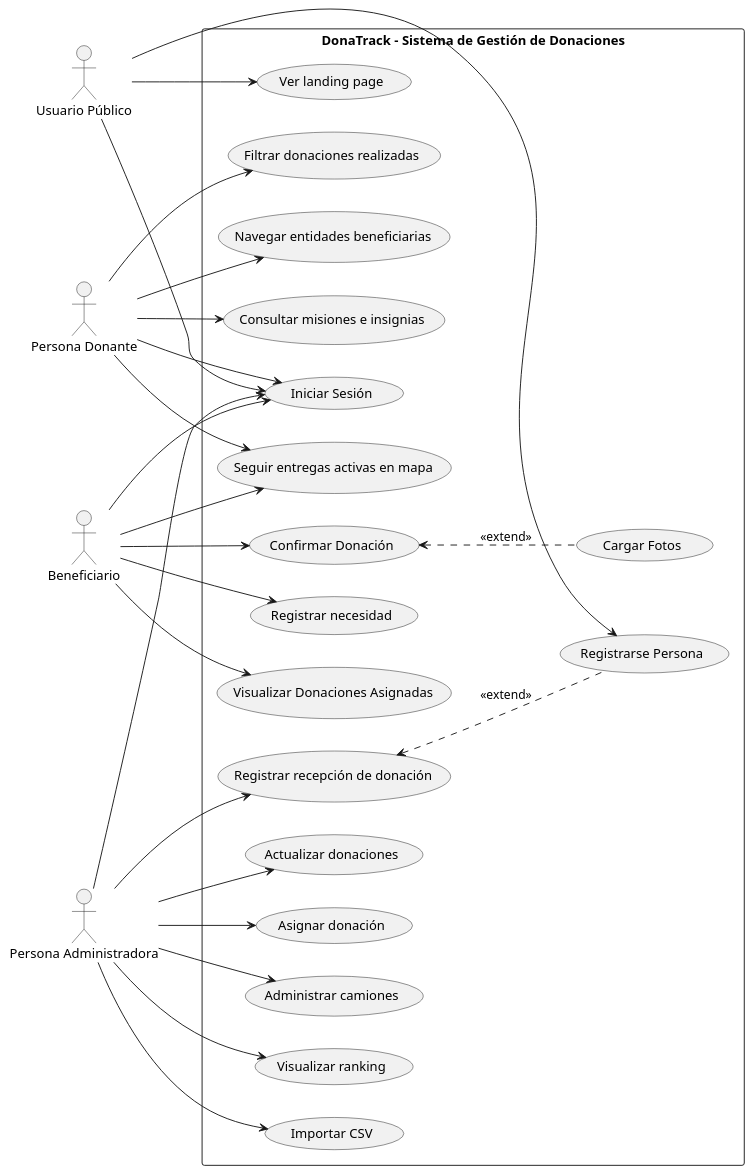
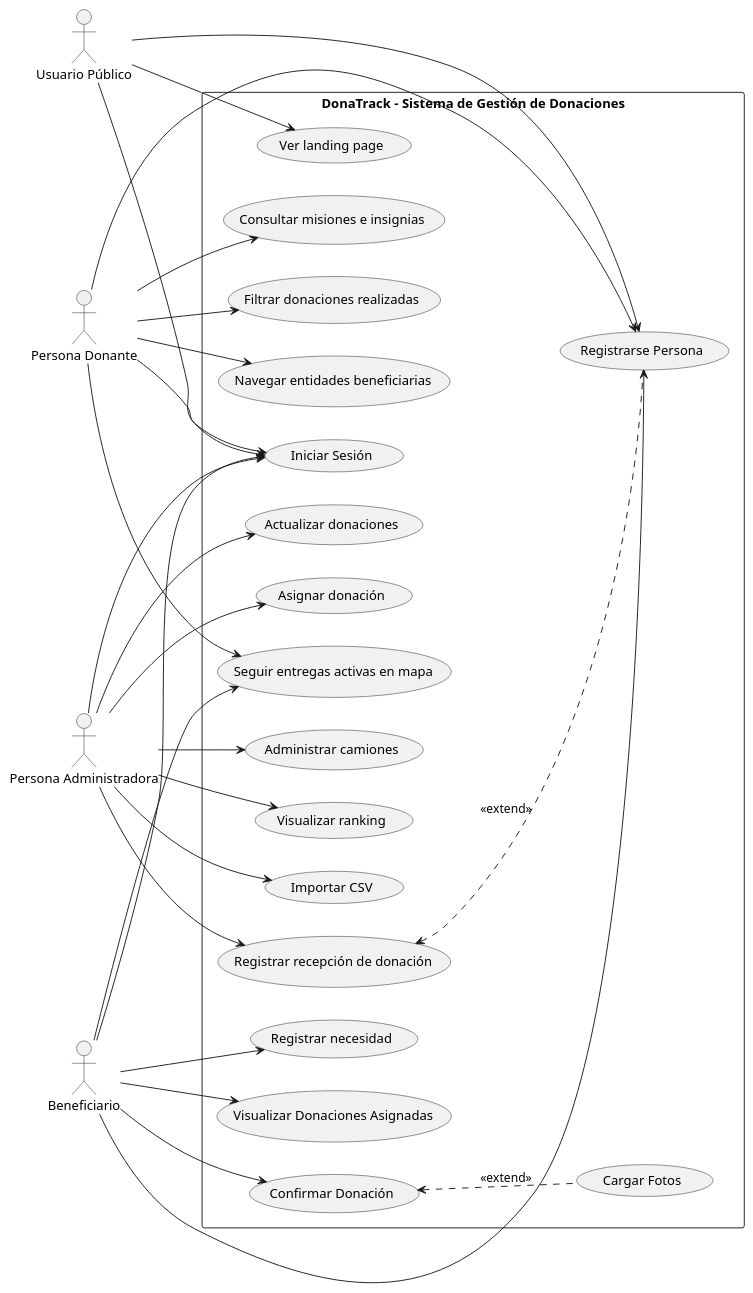
The diagram in diagramas/donaciones/CasosDeUso.puml (matefernandezcc/DonaTrack), drawn with PlantUML before and after one commit. The commit also changed 1 other file, not shown here.

Commit message:
Diagrama de clases casi terminado

```diff
--- a/diagramas/donaciones/CasosDeUso.puml
+++ b/diagramas/donaciones/CasosDeUso.puml
@@ -1,72 +1,74 @@
 @startuml DonaTrack_CasosDeUso
 left to right direction
 skinparam packageStyle rectangle
 
 actor "Usuario Público" as Publico
 actor "Persona Donante" as Donante
 actor "Beneficiario" as Entidad
 actor "Persona Administradora" as Admin
 
 package "DonaTrack - Sistema de Gestión de Donaciones" {
     
     ' --- Casos de Uso de Multiple individuos ---
     usecase "Registrarse Persona" as UC_Registro
     usecase "Iniciar Sesión" as UC_Login
 
     ' --- Casos de Uso de Acceso ---
     usecase "Ver landing page" as UC_Publico1
 
     ' --- Casos de Uso de Persona Donante ---
     usecase "Filtrar donaciones realizadas" as UC_D1
     usecase "Navegar entidades beneficiarias" as UC_D2
     usecase "Consultar misiones e insignias" as UC_D3
     usecase "Seguir entregas activas en mapa" as UC_SeguirMapa
 
     ' --- Casos de Uso de Beneficiario ---
     usecase "Registrar necesidad" as UC_E1
     usecase "Visualizar Donaciones Asignadas" as UC_E2
     usecase "Confirmar Donación" as UC_E3
     usecase "Cargar Fotos" as UC_E4
 
     ' --- Casos de Uso de Persona Administradora ---
     usecase "Registrar recepción de donación" as UC_A2
     usecase "Actualizar donaciones" as UC_A3
     usecase "Asignar donación" as UC_A4
     usecase "Administrar camiones" as UC_A5
     usecase "Visualizar ranking" as UC_A6
     usecase "Importar CSV" as UC_A7
 }
 
 ' --- Relaciones del Usuario Público ---
 Publico --> UC_Publico1
 Publico --> UC_Registro
 Publico --> UC_Login
 
 ' --- Relaciones de Persona Donante ---
 Donante --> UC_Login
 Donante --> UC_D1
 Donante --> UC_D2
 Donante --> UC_D3
 Donante --> UC_SeguirMapa
+Donante --> UC_Registro
 
 ' --- Relaciones de Beneficiario ---
 Entidad --> UC_Login
 Entidad --> UC_E1
 Entidad --> UC_E2
 Entidad --> UC_E3
 Entidad --> UC_SeguirMapa
+Entidad --> UC_Registro
 
 ' Relación de extensión para subir fotos opcionales/comprobantes
 UC_E3 <.. UC_E4 : <<extend>>
 UC_A2 <.. UC_Registro : <<extend>>
 
 ' --- Relaciones de Persona Administradora ---
 Admin --> UC_Login
 Admin --> UC_A2
 Admin --> UC_A3
 Admin --> UC_A4
 Admin --> UC_A5
 Admin --> UC_A6
 Admin --> UC_A7
 
 @enduml
```
